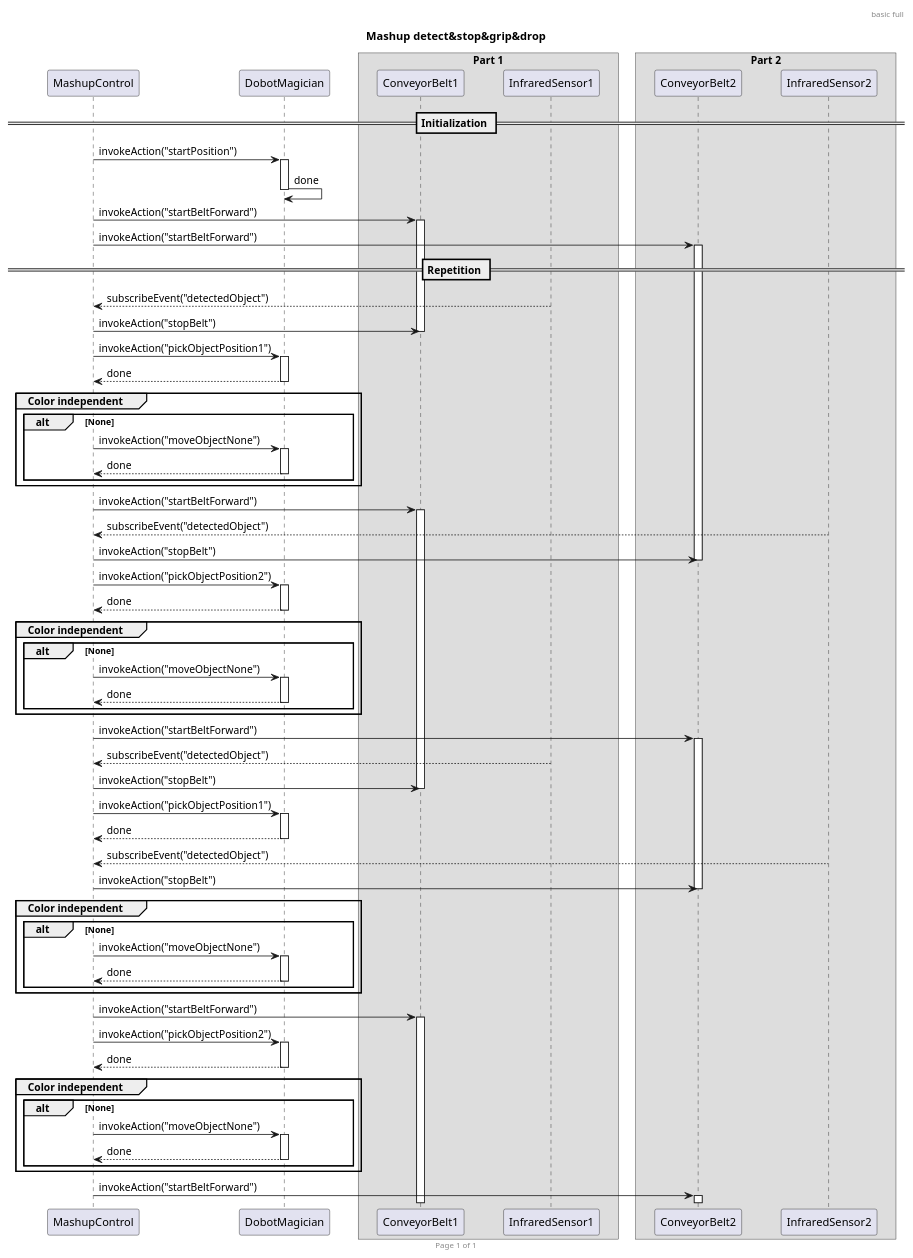
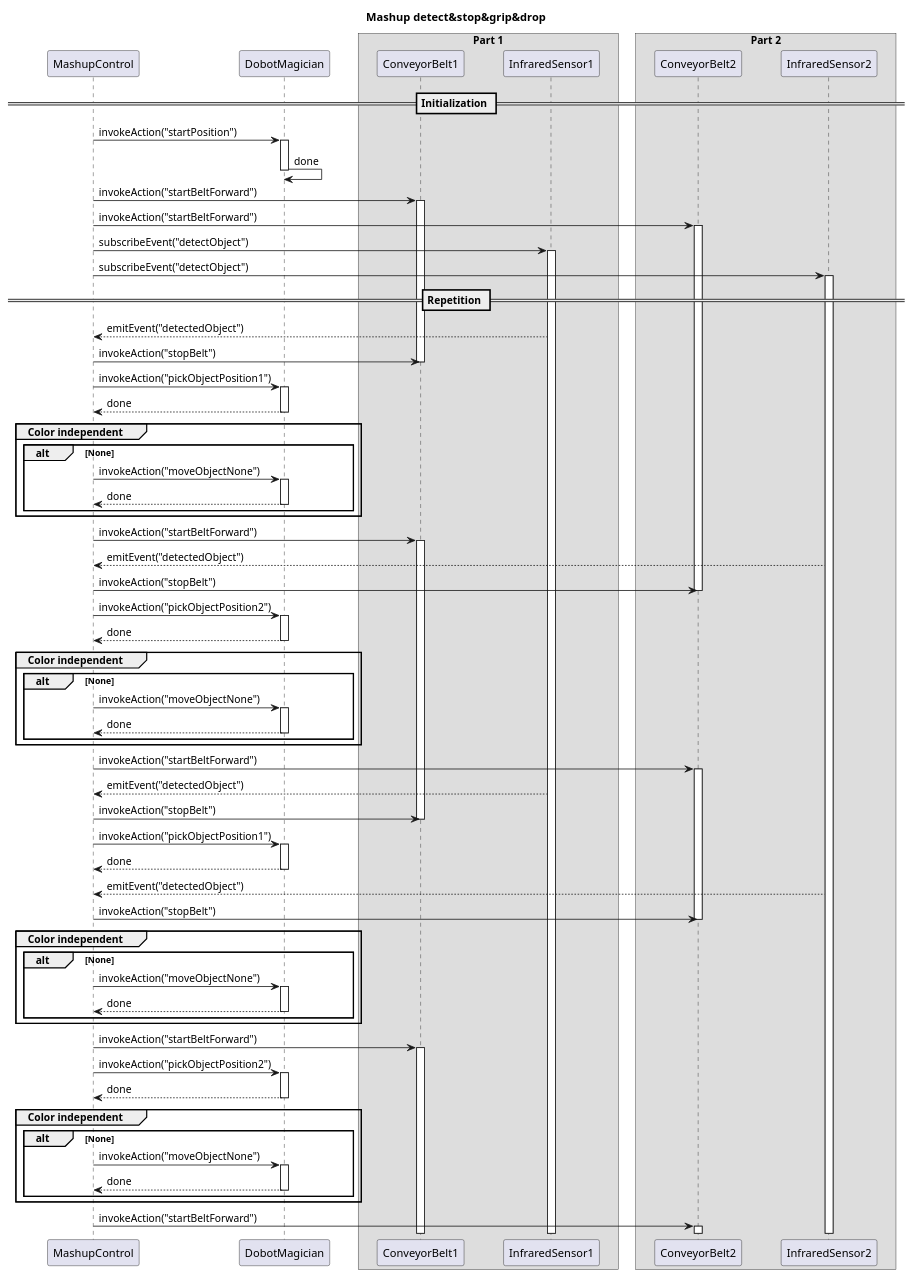
One commit to tum-esi/wot-sys changed the diagram in SequenceDiagrams/SequenceDiagramUML_mashup_detect_stop_grip_drop.wsd. Above: the diagram before and after it, drawn with PlantUML.

```diff
--- a/SequenceDiagrams/SequenceDiagramUML_mashup_detect_stop_grip_drop.wsd
+++ b/SequenceDiagrams/SequenceDiagramUML_mashup_detect_stop_grip_drop.wsd
@@ -1,112 +1,116 @@
 @startuml
-header basic full
-footer Page %page% of %lastpage%
 
 title Mashup detect&stop&grip&drop
 
 skinparam ParticipantPadding 20
 skinparam BoxPadding 10
 
 participant MashupControl as MC
 participant DobotMagician as DM
 
 box "Part 1"
 participant ConveyorBelt1 as CB1
 participant InfraredSensor1 as IS1
 end box
 
 box "Part 2"
 participant ConveyorBelt2 as CB2
 participant InfraredSensor2 as IS2
 end box
 
 
 == Initialization ==
 
 MC -> DM: invokeAction("startPosition")
 activate DM
 DM -> DM: done
 deactivate DM
 
 MC -> CB1: invokeAction("startBeltForward")
 activate CB1
 MC -> CB2: invokeAction("startBeltForward")
 activate CB2
 
+MC -> IS1: subscribeEvent("detectObject")
+activate IS1
+
+MC -> IS2: subscribeEvent("detectObject")
+activate IS2
+
 == Repetition ==
 
-MC <-- IS1: subscribeEvent("detectedObject")
+MC <-- IS1: emitEvent("detectedObject")
 MC -> CB1: invokeAction("stopBelt")
 deactivate CB1
 MC -> DM: invokeAction("pickObjectPosition1")
 activate DM
 MC <-- DM: done
 deactivate DM
 group Color independent
 alt None
 MC -> DM: invokeAction("moveObjectNone")
 activate DM
 MC <-- DM: done
 deactivate DM
 end
 end
 MC -> CB1: invokeAction("startBeltForward")
 activate CB1
 
 
-MC <-- IS2: subscribeEvent("detectedObject")
+MC <-- IS2: emitEvent("detectedObject")
 MC -> CB2: invokeAction("stopBelt")
 deactivate CB2
 MC -> DM: invokeAction("pickObjectPosition2")
 activate DM
 MC <-- DM: done
 deactivate DM
 group Color independent
 alt None
 MC -> DM: invokeAction("moveObjectNone")
 activate DM
 MC <-- DM: done
 deactivate DM
 end
 end
 MC -> CB2: invokeAction("startBeltForward")
 activate CB2
 
-MC <-- IS1: subscribeEvent("detectedObject")
+MC <-- IS1: emitEvent("detectedObject")
 MC -> CB1: invokeAction("stopBelt")
 deactivate CB1
 MC -> DM: invokeAction("pickObjectPosition1")
 activate DM
 MC <-- DM: done
 deactivate DM
 
-MC <-- IS2: subscribeEvent("detectedObject")
+MC <-- IS2: emitEvent("detectedObject")
 MC -> CB2: invokeAction("stopBelt")
 deactivate CB2
 
 group Color independent
 alt None
 MC -> DM: invokeAction("moveObjectNone")
 activate DM
 MC <-- DM: done
 deactivate DM
 end
 end
 MC -> CB1: invokeAction("startBeltForward")
 activate CB1
 
 MC -> DM: invokeAction("pickObjectPosition2")
 activate DM
 MC <-- DM: done
 deactivate DM
 group Color independent
 alt None
 MC -> DM: invokeAction("moveObjectNone")
 activate DM
 MC <-- DM: done
 deactivate DM
 end
 end
 MC -> CB2: invokeAction("startBeltForward")
 activate CB2
 @enduml
```
